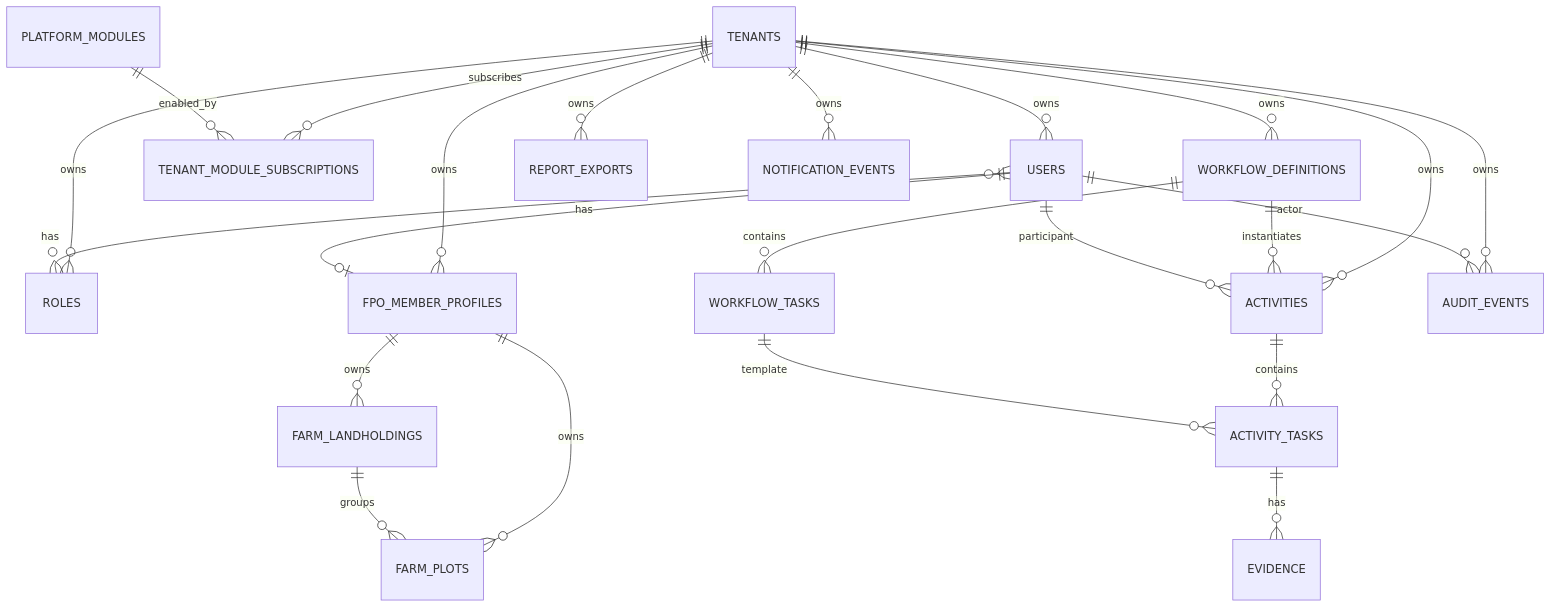
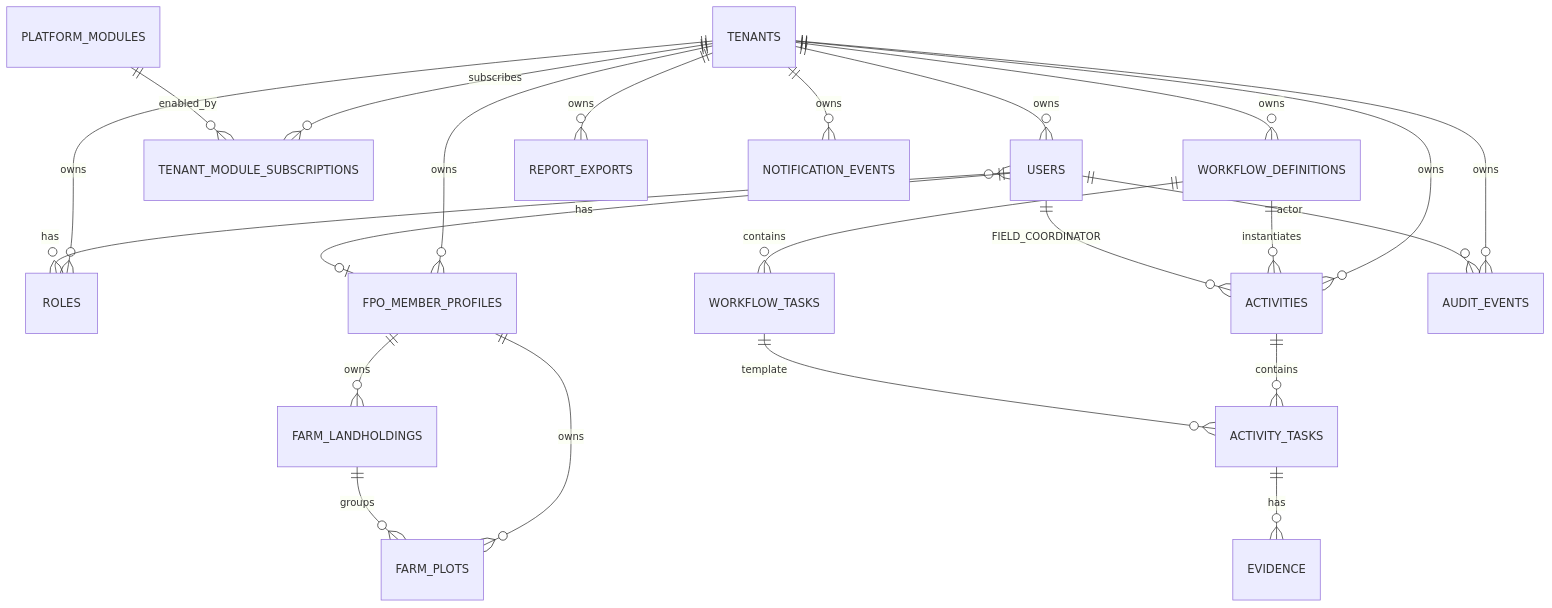
The fifth of 11 diagrams in docs/architecture.md (korearun5/activity-compliance), drawn with Mermaid before and after one commit. The commit also changed other lines of this file and 104 other files, not shown here.

````diff
--- a/docs/architecture.md
+++ b/docs/architecture.md
@@ -192,25 +192,25 @@
 ```mermaid
 erDiagram
     TENANTS ||--o{ USERS : owns
     TENANTS ||--o{ ROLES : owns
     USERS }o--o{ ROLES : has
     TENANTS ||--o{ TENANT_MODULE_SUBSCRIPTIONS : subscribes
     PLATFORM_MODULES ||--o{ TENANT_MODULE_SUBSCRIPTIONS : enabled_by
     TENANTS ||--o{ FPO_MEMBER_PROFILES : owns
     USERS ||--o| FPO_MEMBER_PROFILES : has
     FPO_MEMBER_PROFILES ||--o{ FARM_LANDHOLDINGS : owns
     FPO_MEMBER_PROFILES ||--o{ FARM_PLOTS : owns
     FARM_LANDHOLDINGS ||--o{ FARM_PLOTS : groups
     TENANTS ||--o{ WORKFLOW_DEFINITIONS : owns
     WORKFLOW_DEFINITIONS ||--o{ WORKFLOW_TASKS : contains
     TENANTS ||--o{ ACTIVITIES : owns
     WORKFLOW_DEFINITIONS ||--o{ ACTIVITIES : instantiates
-    USERS ||--o{ ACTIVITIES : participant
+    USERS ||--o{ ACTIVITIES : FIELD_COORDINATOR
     ACTIVITIES ||--o{ ACTIVITY_TASKS : contains
     WORKFLOW_TASKS ||--o{ ACTIVITY_TASKS : template
     ACTIVITY_TASKS ||--o{ EVIDENCE : has
     TENANTS ||--o{ AUDIT_EVENTS : owns
     USERS ||--o{ AUDIT_EVENTS : actor
     TENANTS ||--o{ REPORT_EXPORTS : owns
     TENANTS ||--o{ NOTIFICATION_EVENTS : owns
 ```
````
